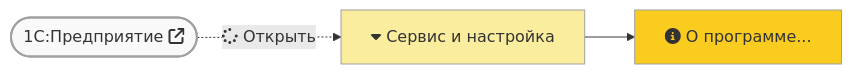
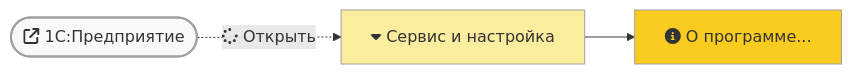
The first of 3 diagrams in faq/crash/main-white-window.md (lugovoe/manual), drawn with Mermaid before and after one commit. The commit also changed other lines of this file, not shown here.

````diff
--- a/faq/crash/main-white-window.md
+++ b/faq/crash/main-white-window.md
@@ -19,11 +19,11 @@
 ``` mermaid
 flowchart LR
-  b1(["1С:Предприятие fa:fa-external-link"]) -. fa:fa-spinner Открыть .-> m1;
+  b1(["fa:fa-external-link 1С:Предприятие"]) -. fa:fa-spinner Открыть .-> m1;
   m1[fa:fa-caret-down Сервис и настройка] --> m2;
   m2[fa:fa-info-circle О программе...];
   classDef default fill:#facc1f,stroke:#a0a0a0,stroke-width:1px;
   classDef button fill:#f9f9f9,stroke-width:2px;
   classDef mainmenu fill:#fbed9e;
   class b1 button;
   class m1 mainmenu;
 ```
````
